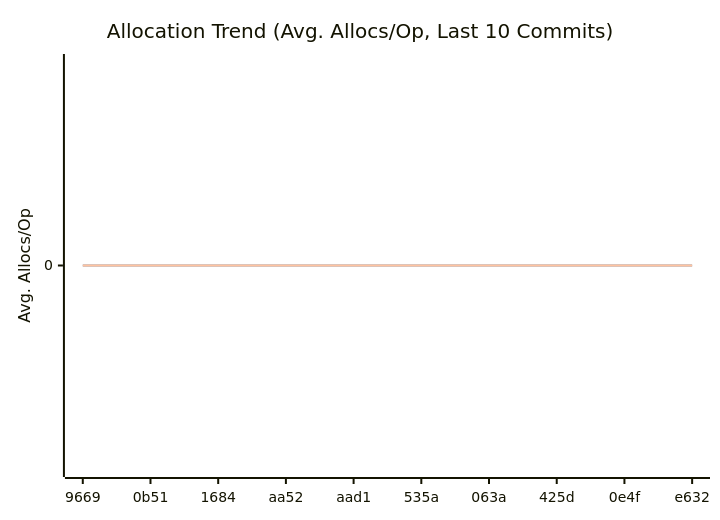
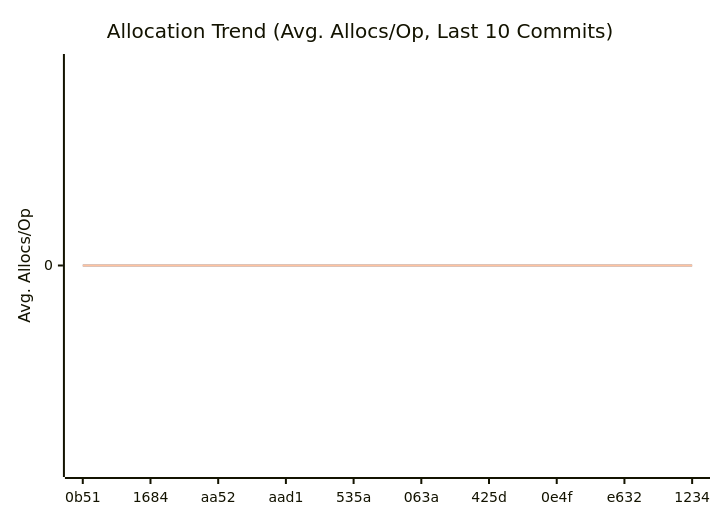
One commit to alsotoes/momo changed the third of 3 diagrams in doc/README.md. Above: the diagram before and after it, drawn with Mermaid. The commit also changed other lines of this file and 1 other file, not shown here.

````diff
--- a/doc/README.md
+++ b/doc/README.md
@@ -312,10 +312,10 @@
 ```mermaid
 xychart-beta
     title "Allocation Trend (Avg. Allocs/Op, Last 10 Commits)"
     x-axis "Commit"
     y-axis "Avg. Allocs/Op"
-    x-axis [9669,0b51,1684,aa52,aad1,535a,063a,425d,0e4f,e632]
+    x-axis [0b51,1684,aa52,aad1,535a,063a,425d,0e4f,e632,1234]
     line "CheckMetricsAndSwap" [0,0,0,0,0,0,0,0,0,0]
     line "IndexDirectTracking" [0,0,0,0,0,0,0,0,0,0]
     line "IndexSearch" [0,0,0,0,0,0,0,0,0,0]
 ```
````
